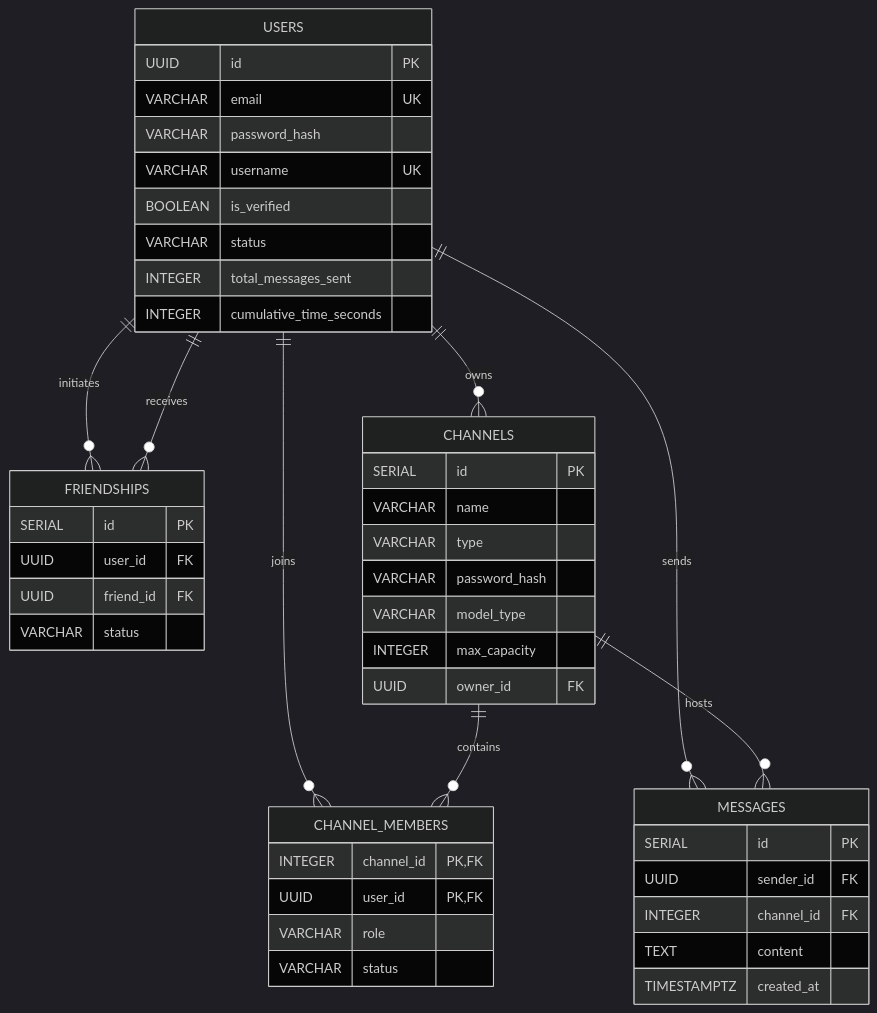
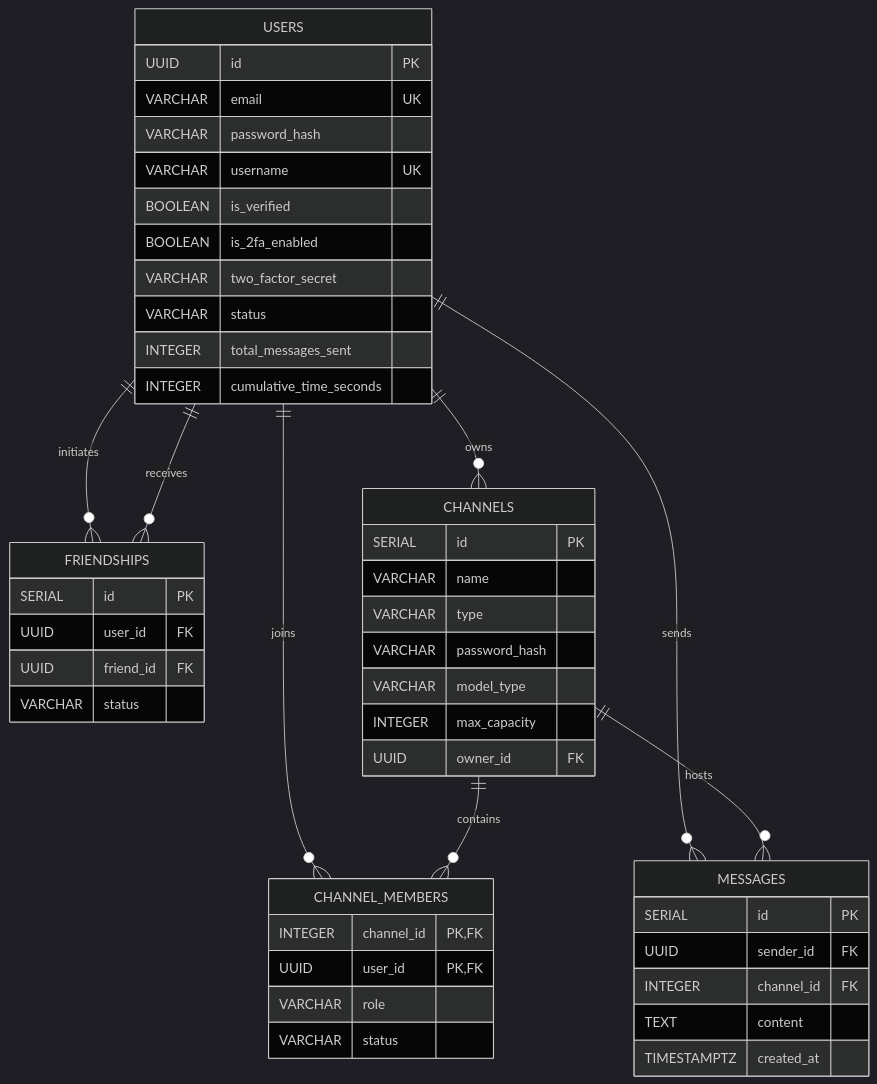
The diagram in README.md (haiuaki/ft_transcendence), drawn with Mermaid (dark theme) before and after one commit. The commit also changed other lines of this file and 9 other files, not shown here.

First line of the commit message:
feat(auth): add TOTP two-factor authentication

````diff
--- a/README.md
+++ b/README.md
@@ -117,49 +124,51 @@
 ```mermaid
 erDiagram
     USERS ||--o{ FRIENDSHIPS : "initiates"
     USERS ||--o{ FRIENDSHIPS : "receives"
     USERS ||--o{ CHANNELS : "owns"
     USERS ||--o{ CHANNEL_MEMBERS : "joins"
     USERS ||--o{ MESSAGES : "sends"
     CHANNELS ||--o{ CHANNEL_MEMBERS : "contains"
     CHANNELS ||--o{ MESSAGES : "hosts"
 
     USERS {
         UUID id PK
         VARCHAR email UK
         VARCHAR password_hash
         VARCHAR username UK
         BOOLEAN is_verified
+        BOOLEAN is_2fa_enabled
+        VARCHAR two_factor_secret
         VARCHAR status
         INTEGER total_messages_sent
         INTEGER cumulative_time_seconds
     }
     FRIENDSHIPS {
         SERIAL id PK
         UUID user_id FK
         UUID friend_id FK
         VARCHAR status
     }
     CHANNELS {
         SERIAL id PK
         VARCHAR name
         VARCHAR type
         VARCHAR password_hash
         VARCHAR model_type
         INTEGER max_capacity
         UUID owner_id FK
     }
     CHANNEL_MEMBERS {
         INTEGER channel_id PK, FK
         UUID user_id PK, FK
         VARCHAR role
         VARCHAR status
     }
     MESSAGES {
         SERIAL id PK
         UUID sender_id FK
         INTEGER channel_id FK
         TEXT content
         TIMESTAMPTZ created_at
     }
 ```
````
